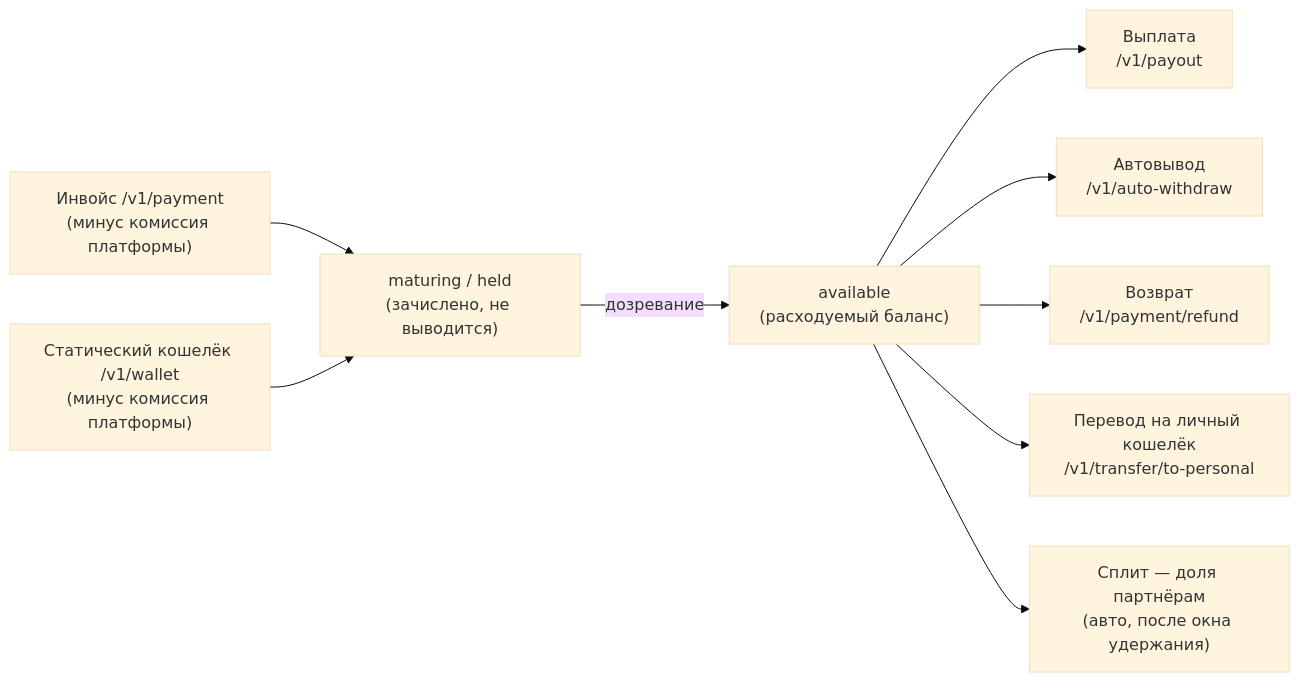
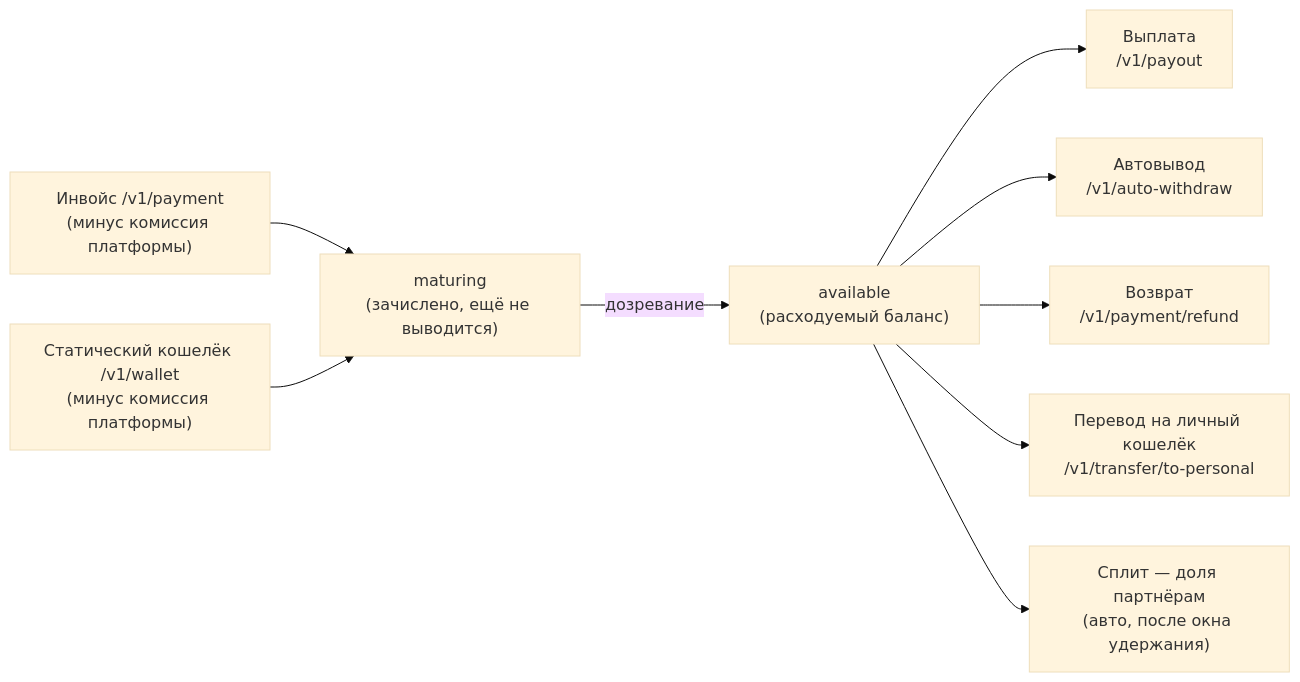
The diagram in guides/balance-and-funds.mdx (oblodai/docs), drawn with Mermaid (base theme) before and after one commit. The commit also changed other lines of this file and 57 other files, not shown here.

````diff
--- a/guides/balance-and-funds.mdx
+++ b/guides/balance-and-funds.mdx
@@ -14,11 +14,11 @@
 ```mermaid
 flowchart LR
     IN1["Инвойс /v1/payment<br/>(минус комиссия платформы)"] --> HELD
     IN2["Статический кошелёк /v1/wallet<br/>(минус комиссия платформы)"] --> HELD
-    HELD["maturing / held<br/>(зачислено, не выводится)"] -->|"дозревание"| AV["available<br/>(расходуемый баланс)"]
+    HELD["maturing<br/>(зачислено, ещё не выводится)"] -->|"дозревание"| AV["available<br/>(расходуемый баланс)"]
     AV --> P["Выплата<br/>/v1/payout"]
     AV --> AW["Автовывод<br/>/v1/auto-withdraw"]
     AV --> R["Возврат<br/>/v1/payment/refund"]
     AV --> T["Перевод на личный кошелёк<br/>/v1/transfer/to-personal"]
     AV --> SP["Сплит — доля партнёрам<br/>(авто, после окна удержания)"]
 ```
````
